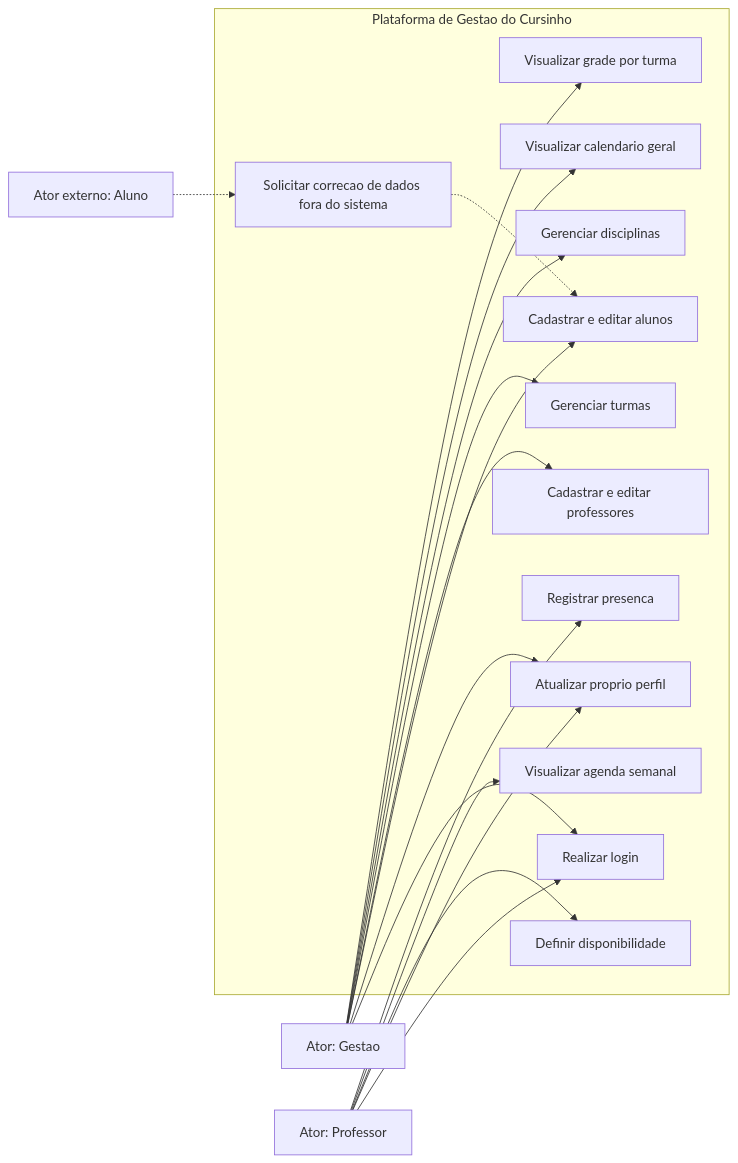
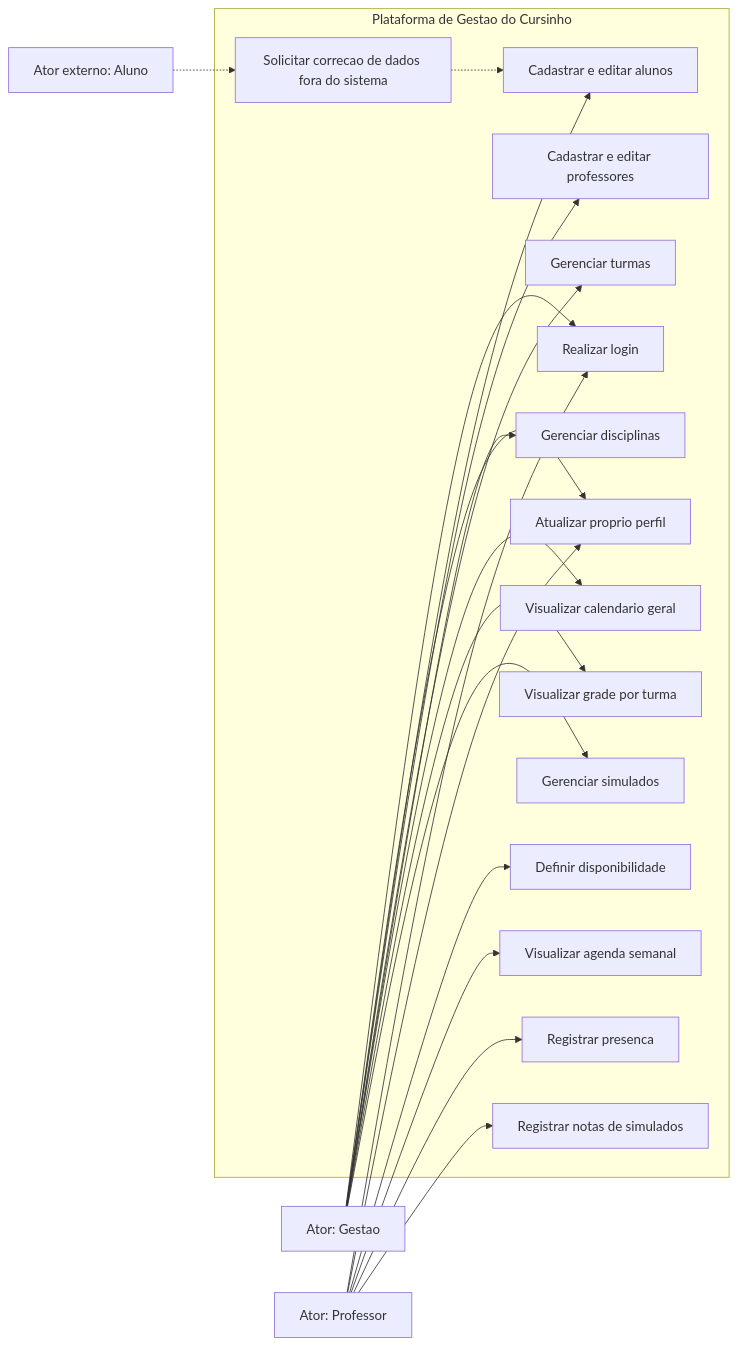
Before and after one commit to KANEEE1/TCC---Renan-e-Felipe: the diagram in docs/modelagem-e-arquitetura/diagrama-casos-de-uso.md, drawn with Mermaid.

Commit message:
docs: update use case diagram

````diff
--- a/docs/modelagem-e-arquitetura/diagrama-casos-de-uso.md
+++ b/docs/modelagem-e-arquitetura/diagrama-casos-de-uso.md
@@ -13,41 +13,45 @@
 ```mermaid
 flowchart LR
   gestao["Ator: Gestao"]
   professor["Ator: Professor"]
   aluno["Ator externo: Aluno"]
 
   subgraph sistema["Plataforma de Gestao do Cursinho"]
     login["Realizar login"]
     manterPerfil["Atualizar proprio perfil"]
     manterAlunos["Cadastrar e editar alunos"]
     manterProfessores["Cadastrar e editar professores"]
     manterTurmas["Gerenciar turmas"]
     manterDisciplinas["Gerenciar disciplinas"]
     definirDisponibilidade["Definir disponibilidade"]
     visualizarAgenda["Visualizar agenda semanal"]
     visualizarCalendario["Visualizar calendario geral"]
     visualizarGrade["Visualizar grade por turma"]
     registrarPresenca["Registrar presenca"]
+    gerenciarSimulados["Gerenciar simulados"]
+    registrarNotas["Registrar notas de simulados"]
     solicitarCorrecao["Solicitar correcao de dados fora do sistema"]
   end
 
   gestao --> login
   professor --> login
 
   gestao --> manterPerfil
   professor --> manterPerfil
 
   gestao --> manterAlunos
   gestao --> manterProfessores
   gestao --> manterTurmas
   gestao --> manterDisciplinas
   gestao --> visualizarCalendario
   gestao --> visualizarGrade
+  gestao --> gerenciarSimulados
 
   professor --> definirDisponibilidade
   professor --> visualizarAgenda
   professor --> registrarPresenca
+  professor --> registrarNotas
 
   aluno -.-> solicitarCorrecao
   solicitarCorrecao -.-> manterAlunos
 ```
````
